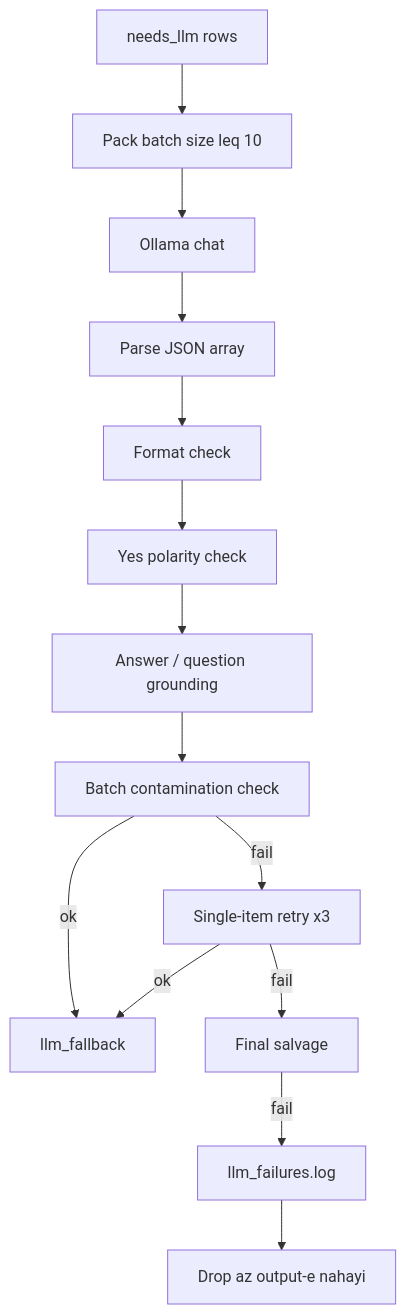
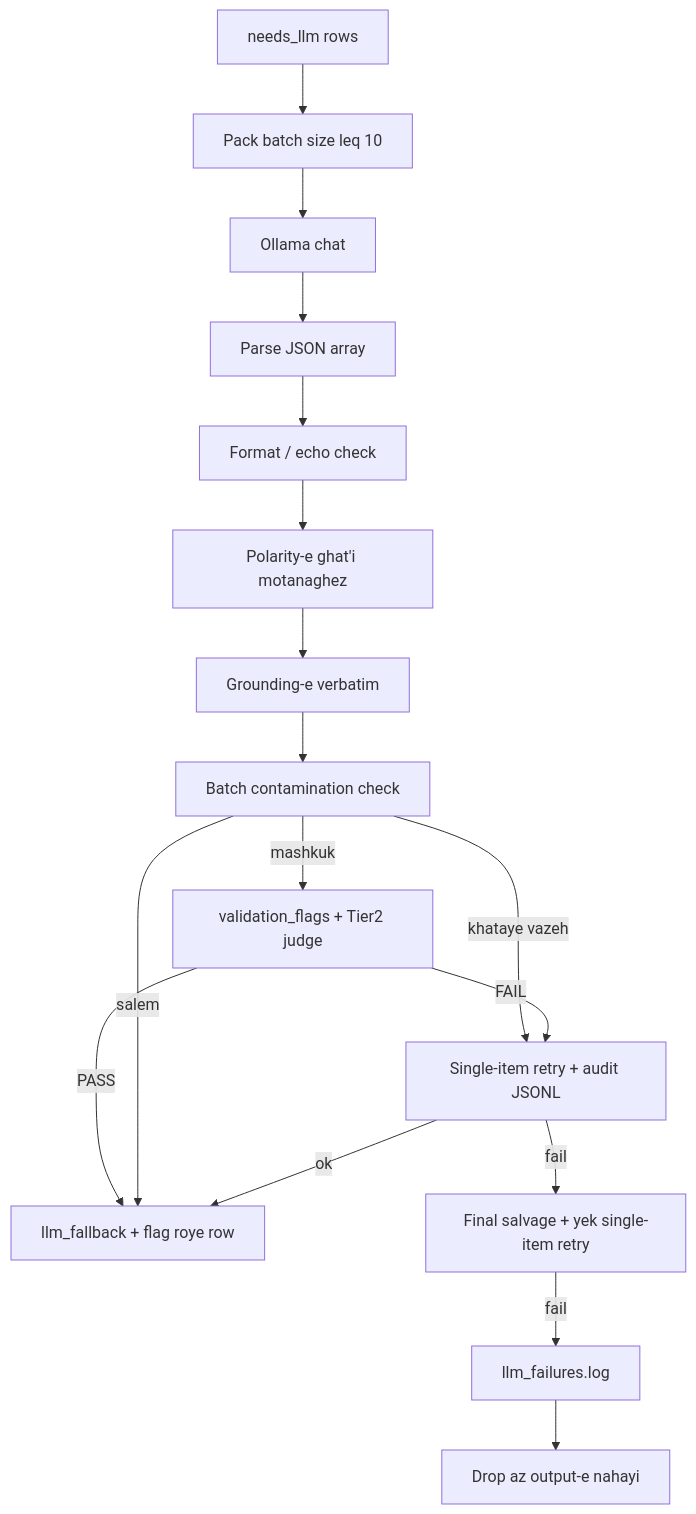
Before and after one commit to MahdiRuzmeh/ImageCaptioningImprovedVisualQuestionAnswering: the fifth of 6 diagrams in QuestionDependentCaptionGenerator/architecture/architecture.fa-en.md, drawn with Mermaid. The commit also changed other lines of this file and 7 other files, not shown here.

Commit message:
feat: Refine question classification and caption generation by implementing a conservative whitelist for visual questions, enhancing validation checks, and adding detailed logging for rule validation outcomes. Update documentation to reflect changes in classification logic and processing flow.

````diff
--- a/QuestionDependentCaptionGenerator/architecture/architecture.fa-en.md
+++ b/QuestionDependentCaptionGenerator/architecture/architecture.fa-en.md
@@ -197,16 +210,19 @@
 ```mermaid
 flowchart TD
   needs[needs_llm rows] --> pack[Pack batch size leq 10]
   pack --> ollama[Ollama chat]
   ollama --> parse[Parse JSON array]
-  parse --> fmt[Format check]
-  fmt --> pol[Yes polarity check]
-  pol --> ground[Answer / question grounding]
+  parse --> fmt[Format / echo check]
+  fmt --> pol[Polarity-e ghat'i motanaghez]
+  pol --> ground[Grounding-e verbatim]
   ground --> contam[Batch contamination check]
-  contam -->|ok| accept[llm_fallback]
-  contam -->|fail| single[Single-item retry x3]
+  contam -->|khataye vazeh| single[Single-item retry + audit JSONL]
+  contam -->|mashkuk| flags[validation_flags + Tier2 judge]
+  flags -->|PASS| accept[llm_fallback + flag roye row]
+  flags -->|FAIL| single
+  contam -->|salem| accept
   single -->|ok| accept
-  single -->|fail| salvage[Final salvage]
+  single -->|fail| salvage[Final salvage + yek single-item retry]
   salvage -->|fail| log[llm_failures.log]
   log --> dropLater[Drop az output-e nahayi]
 ```
````
